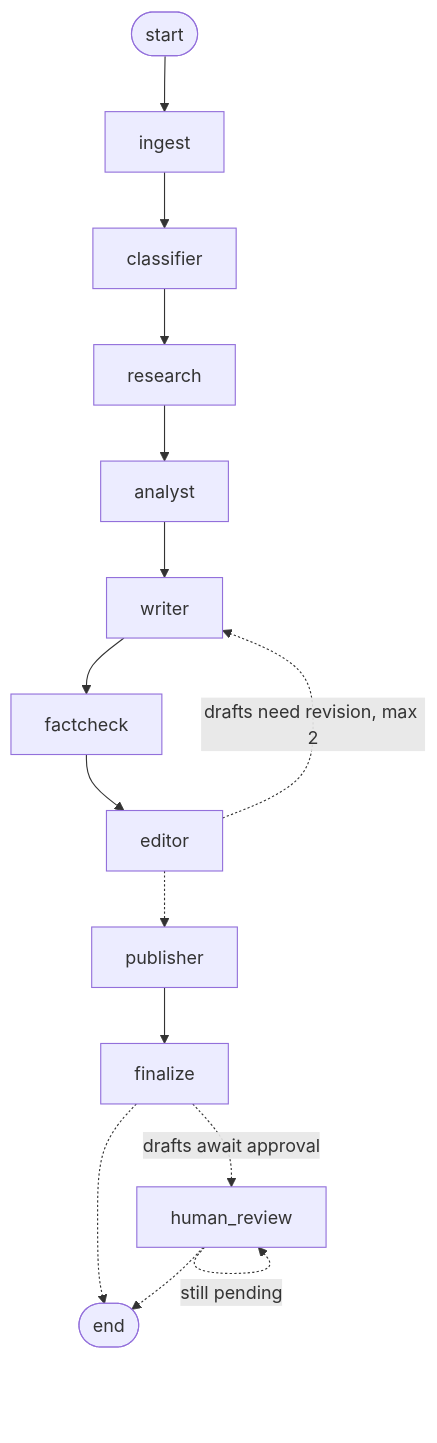
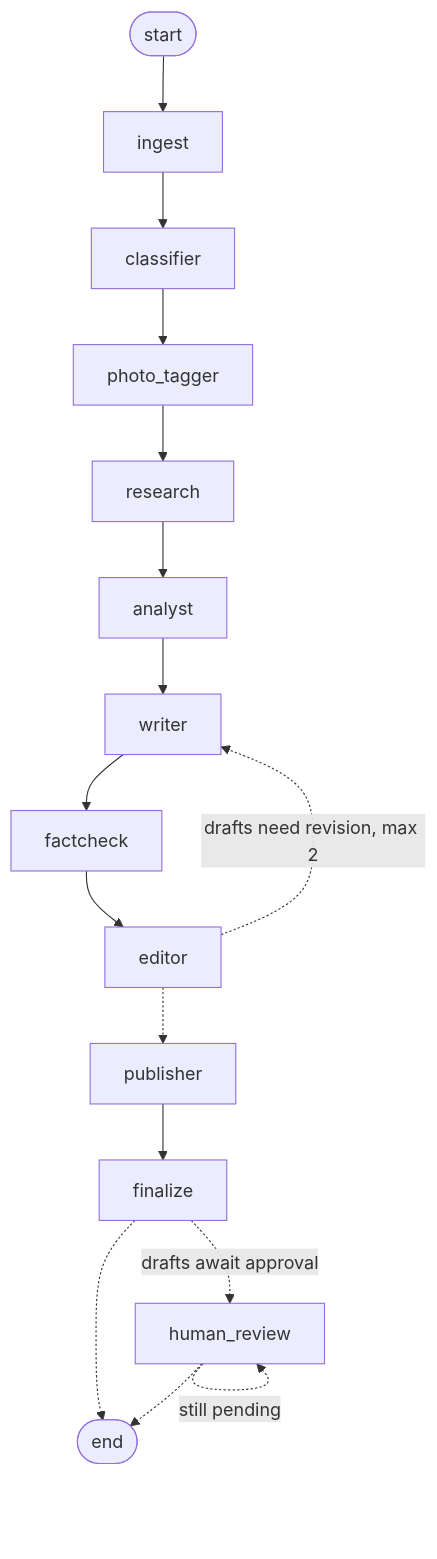
The second of 2 diagrams in README.md (hummus03/Touchline-Takes), drawn with Mermaid before and after one commit. The commit also changed other lines of this file and 39 other files, not shown here.

First line of the commit message:
Add VGG16 photo tagger as a LangGraph node

````diff
--- a/README.md
+++ b/README.md
@@ -61,17 +62,18 @@
 ```mermaid
 graph TD;
 	__start__([start]) --> ingest;
 	ingest --> classifier;
-	classifier --> research;
+	classifier --> photo_tagger;
+	photo_tagger --> research;
 	research --> analyst;
 	analyst --> writer;
 	writer --> factcheck;
 	factcheck --> editor;
 	editor -.->|drafts need revision, max 2| writer;
 	editor -.-> publisher;
 	publisher --> finalize;
 	finalize -.->|drafts await approval| human_review;
 	finalize -.-> __end__([end]);
 	human_review -.->|still pending| human_review;
 	human_review -.-> __end__;
 ```
````
